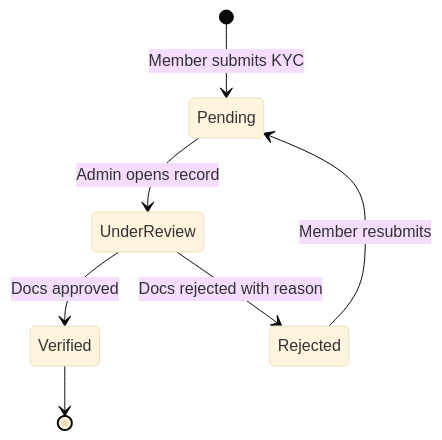
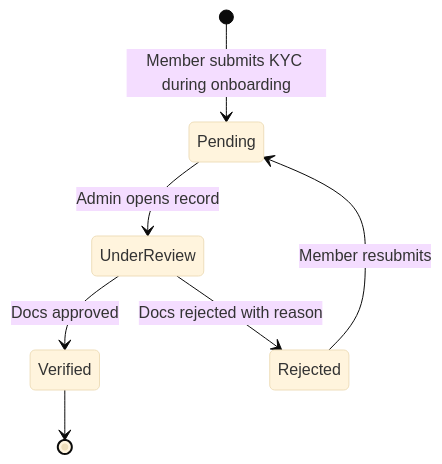
One commit to arka97/mddma-test changed the second of 2 diagrams in src/content/docs/04-functional-spec.md. Above: the diagram before and after it, drawn with Mermaid (base theme). The commit also changed other lines of this file and 6 other files, not shown here.

````diff
--- a/src/content/docs/04-functional-spec.md
+++ b/src/content/docs/04-functional-spec.md
@@ -109,9 +102,9 @@
 ```mermaid
 stateDiagram-v2
-  [*] --> Pending: Member submits KYC
+  [*] --> Pending: Member submits KYC during onboarding
   Pending --> UnderReview: Admin opens record
   UnderReview --> Verified: Docs approved
   UnderReview --> Rejected: Docs rejected with reason
   Rejected --> Pending: Member resubmits
   Verified --> [*]
 ```
````
